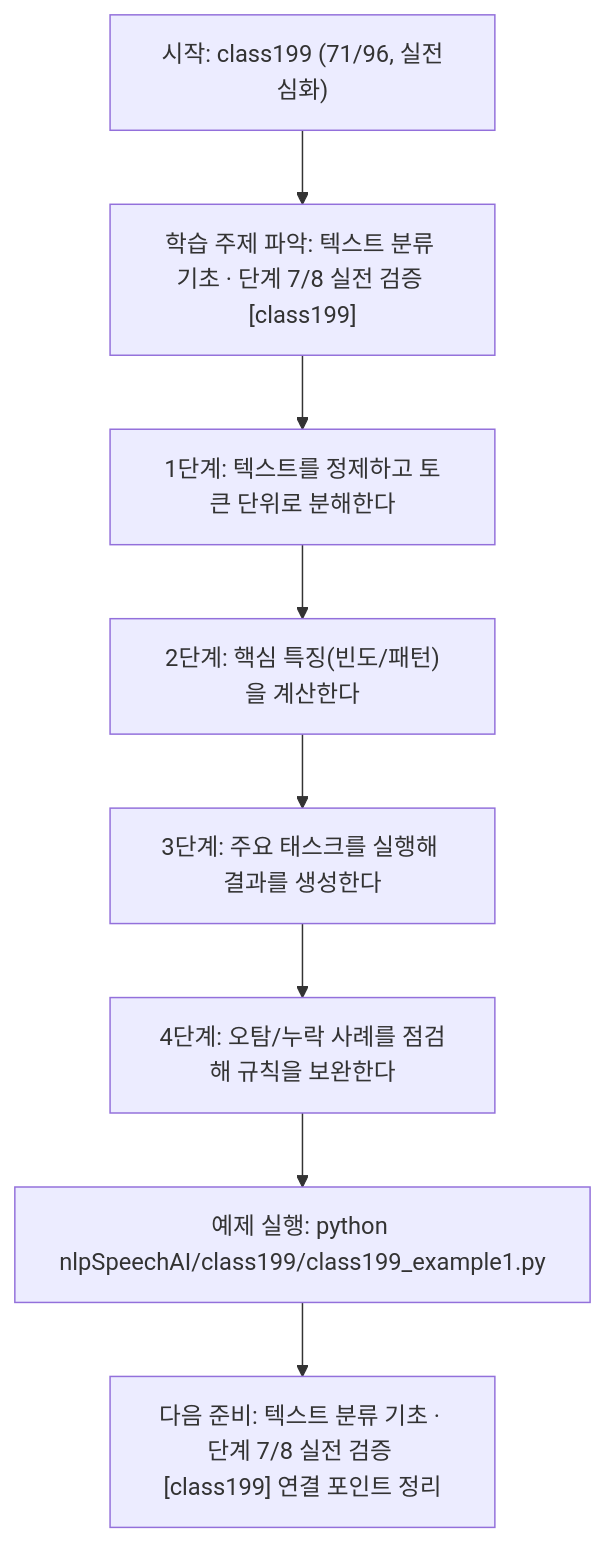
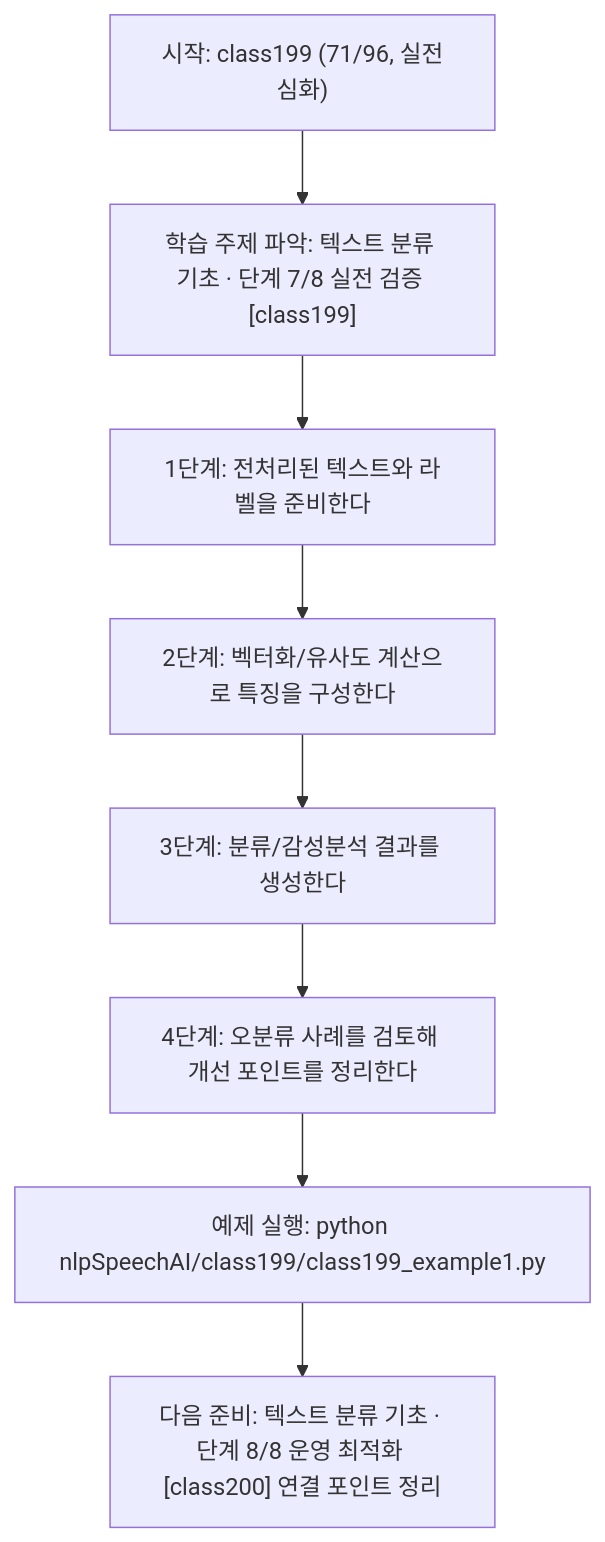
The diagram in nlpSpeechAI/class199/class199.md (edumgt/Python-AI_Agent-Class), drawn with Mermaid before and after one commit. The commit also changed other lines of this file and 1122 other files, not shown here.

````diff
--- a/nlpSpeechAI/class199/class199.md
+++ b/nlpSpeechAI/class199/class199.md
@@ -114,18 +95,18 @@
 ```mermaid
 flowchart TD
 N1["시작: class199 (71/96, 실전심화)"]
 N2["학습 주제 파악: 텍스트 분류 기초 · 단계 7/8 실전 검증 [class199]"]
-N3["1단계: 텍스트를 정제하고 토큰 단위로 분해한다"]
-N4["2단계: 핵심 특징(빈도/패턴)을 계산한다"]
-N5["3단계: 주요 태스크를 실행해 결과를 생성한다"]
-N6["4단계: 오탐/누락 사례를 점검해 규칙을 보완한다"]
+N3["1단계: 전처리된 텍스트와 라벨을 준비한다"]
+N4["2단계: 벡터화/유사도 계산으로 특징을 구성한다"]
+N5["3단계: 분류/감성분석 결과를 생성한다"]
+N6["4단계: 오분류 사례를 검토해 개선 포인트를 정리한다"]
 N7["예제 실행: python nlpSpeechAI/class199/class199_example1.py"]
-N8["다음 준비: 텍스트 분류 기초 · 단계 7/8 실전 검증 [class199] 연결 포인트 정리"]
+N8["다음 준비: 텍스트 분류 기초 · 단계 8/8 운영 최적화 [class200] 연결 포인트 정리"]
 N1 --> N2
 N2 --> N3
 N3 --> N4
 N4 --> N5
 N5 --> N6
 N6 --> N7
 N7 --> N8
 ```
````
